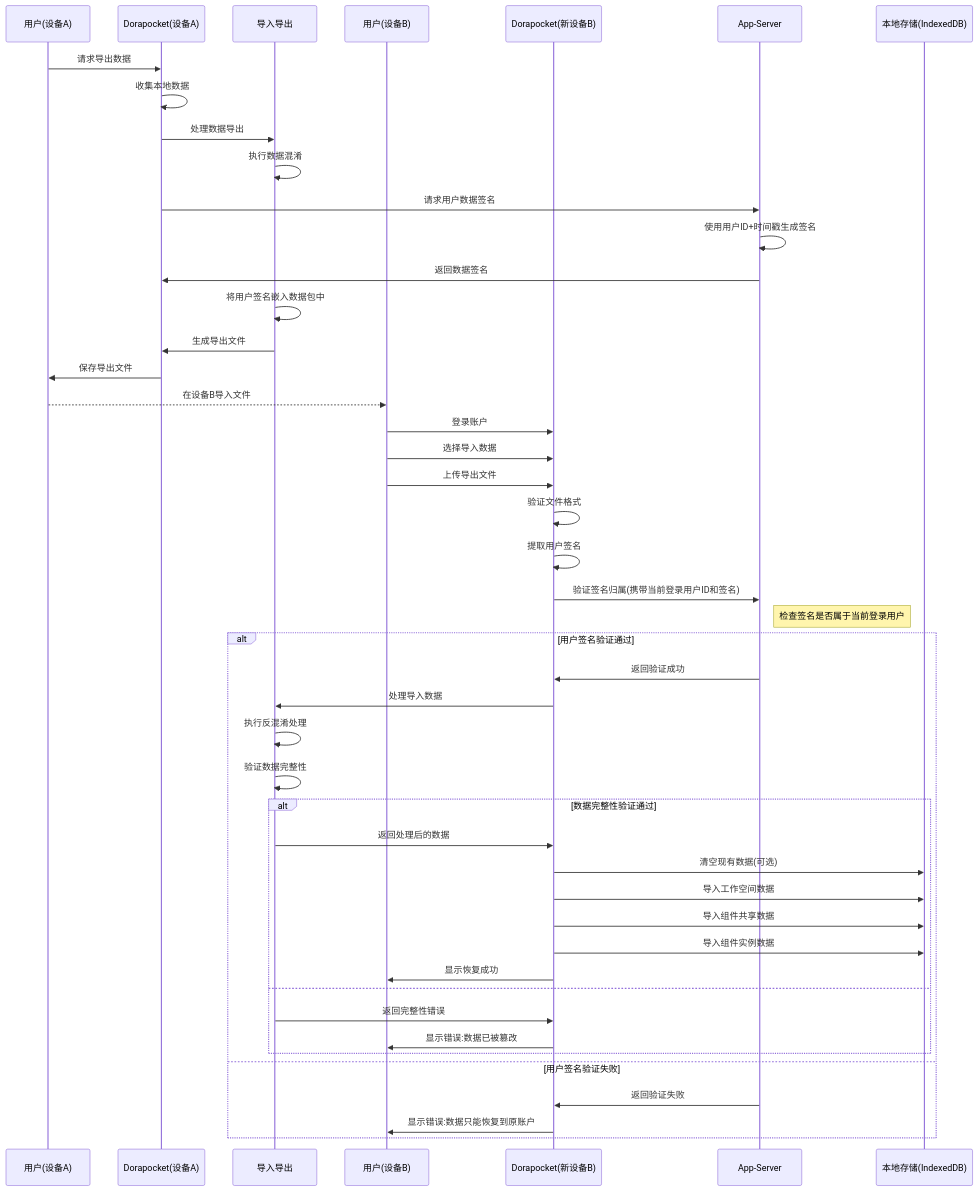
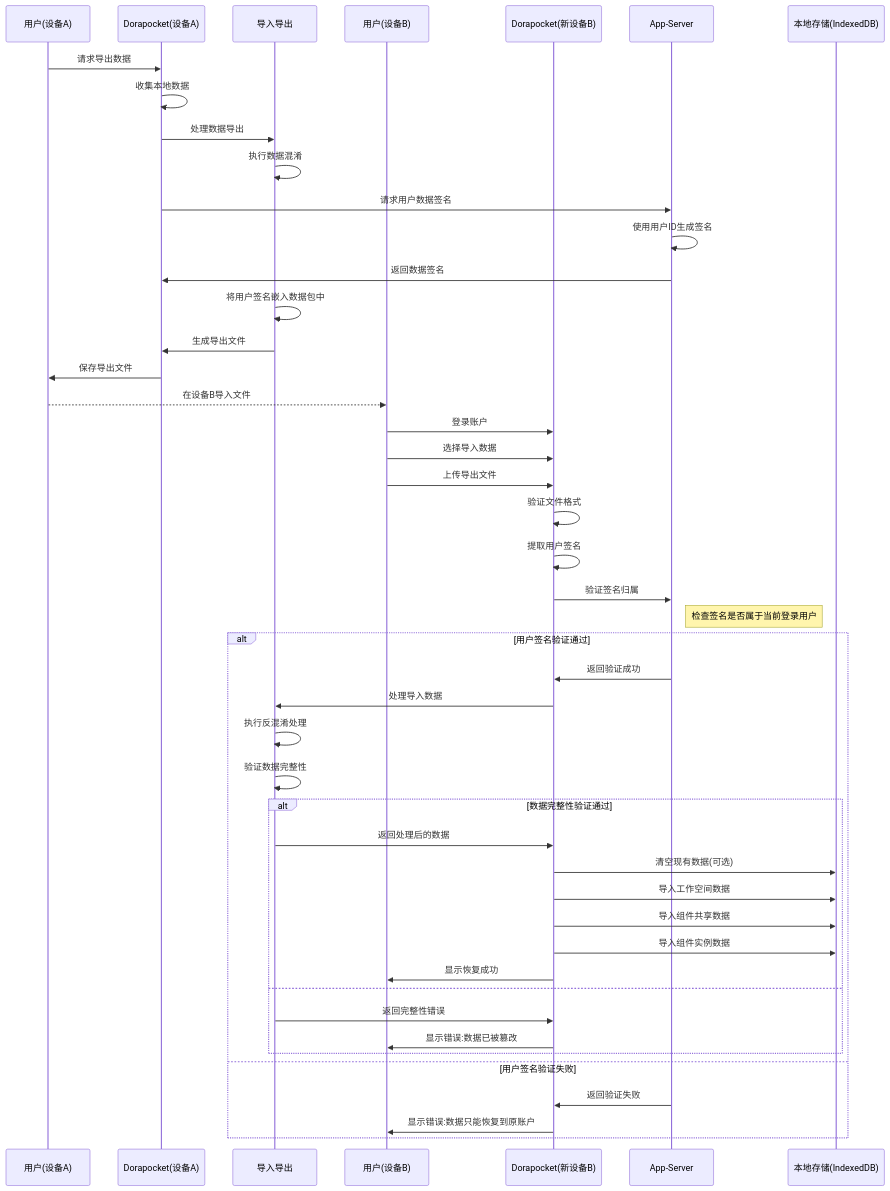
One commit to yingjianzh/iodraw-files changed the diagram in all/未命名-38.md. Above: the diagram before and after it, drawn with Mermaid.

Commit message:
2025-04-21 14:21:25 update

````diff
--- a/all/未命名-38.md
+++ b/all/未命名-38.md
@@ -1,64 +1,64 @@
 ```mermaid
 sequenceDiagram
     participant UserOld as 用户(设备A)
     participant AppOld as Dorapocket(设备A)
     participant Security as 导入导出
     participant UserNew as 用户(设备B)
     participant AppNew as Dorapocket(新设备B)
     participant AppServer as App-Server
     participant LocalDB as 本地存储(IndexedDB)
     
     %% 导出流程
     UserOld->>AppOld: 请求导出数据
     AppOld->>AppOld: 收集本地数据
     
     AppOld->>Security: 处理数据导出
     Security->>Security: 执行数据混淆
     
     %% 获取用户签名
     AppOld->>AppServer: 请求用户数据签名
-    AppServer->>AppServer: 使用用户ID+时间戳生成签名
+    AppServer->>AppServer: 使用用户ID生成签名
     AppServer->>AppOld: 返回数据签名
     
     Security->>Security: 将用户签名嵌入数据包中
     Security->>AppOld: 生成导出文件
     AppOld->>UserOld: 保存导出文件
     
     %% 传输文件(由用户完成)
     UserOld-->>UserNew: 在设备B导入文件
     
     %% 恢复流程
     UserNew->>AppNew: 登录账户
     UserNew->>AppNew: 选择导入数据
     UserNew->>AppNew: 上传导出文件
     
     AppNew->>AppNew: 验证文件格式
     AppNew->>AppNew: 提取用户签名
     
     %% 验证用户签名
-    AppNew->>AppServer: 验证签名归属(携带当前登录用户ID和签名)
+    AppNew->>AppServer: 验证签名归属
     note right of AppServer: 检查签名是否属于当前登录用户
     
     alt 用户签名验证通过
         AppServer->>AppNew: 返回验证成功
         
         AppNew->>Security: 处理导入数据
         Security->>Security: 执行反混淆处理
         Security->>Security: 验证数据完整性
         
         alt 数据完整性验证通过
             Security->>AppNew: 返回处理后的数据
             AppNew->>LocalDB: 清空现有数据(可选)
             AppNew->>LocalDB: 导入工作空间数据
             AppNew->>LocalDB: 导入组件共享数据
             AppNew->>LocalDB: 导入组件实例数据
             AppNew->>UserNew: 显示恢复成功
         else
             Security->>AppNew: 返回完整性错误
             AppNew->>UserNew: 显示错误:数据已被篡改
         end
     else 用户签名验证失败
         AppServer->>AppNew: 返回验证失败
         AppNew->>UserNew: 显示错误:数据只能恢复到原账户
     end
 ```
````
